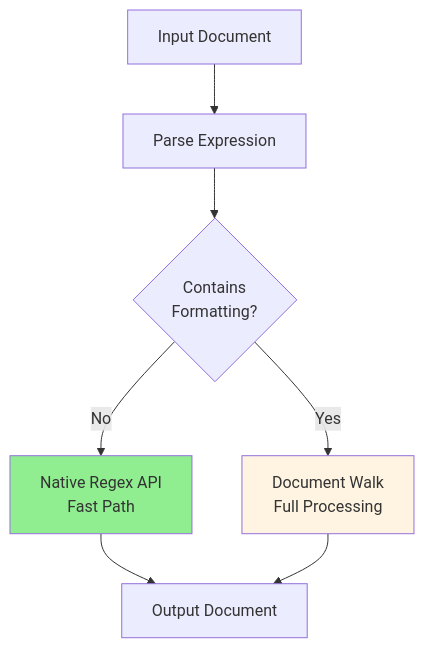
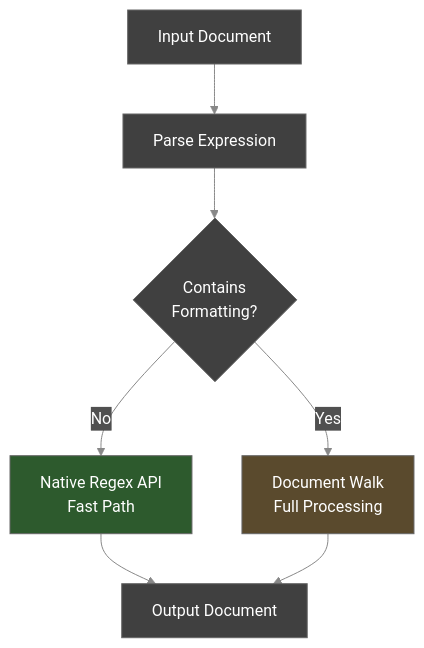
The second of 8 diagrams in README.md (visionik/sedmat), drawn with Mermaid before and after one commit. The commit also changed other lines of this file, not shown here.

First line of the commit message:
fix: escape special chars in Mermaid diagrams and apply dark theme

````diff
--- a/README.md
+++ b/README.md
@@ -74,12 +75,13 @@
 ```mermaid
+%%{init: {'theme': 'base', 'themeVariables': { 'primaryColor': '#404040', 'primaryTextColor': '#ffffff', 'primaryBorderColor': '#666666', 'lineColor': '#888888', 'secondaryColor': '#505050', 'tertiaryColor': '#333333', 'background': '#1a1a1a' }}}%%
 flowchart TB
     INPUT[Input Document] --> PARSE[Parse Expression]
     PARSE --> HASFORMAT{Contains<br/>Formatting?}
     HASFORMAT -->|No| NATIVE[Native Regex API<br/>Fast Path]
     HASFORMAT -->|Yes| WALK[Document Walk<br/>Full Processing]
     NATIVE --> OUTPUT[Output Document]
     WALK --> OUTPUT
     
-    style NATIVE fill:#90ee90
-    style WALK fill:#fff4e1
+    style NATIVE fill:#2d5a2d,color:#ffffff
+    style WALK fill:#5a4a2d,color:#ffffff
 ```
````
